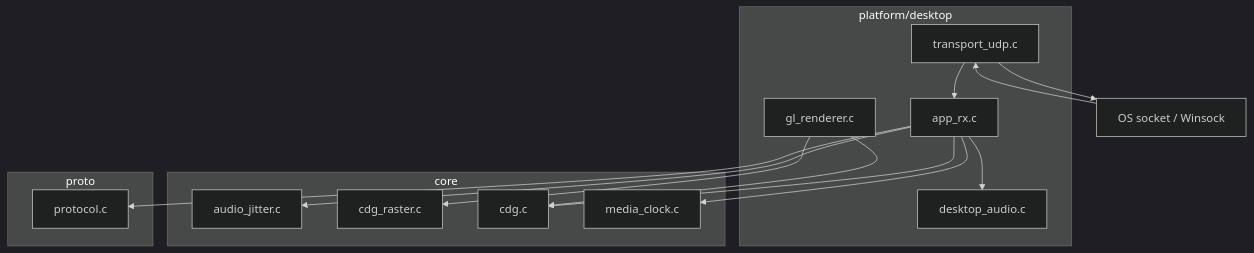
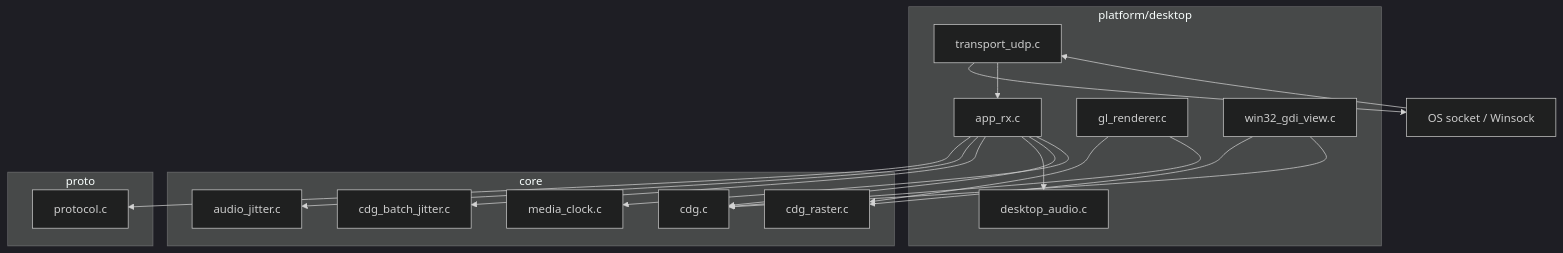
The diagram in docs/architecture/transport-and-playout-modules.md (andrew867/dashcdg), drawn with Mermaid (dark theme) before and after one commit. The commit also changed other lines of this file and 9 other files, not shown here.

First line of the commit message:
docs: CDG batch jitter spec, Win32 GDI RX spec, architecture updates

````diff
--- a/docs/architecture/transport-and-playout-modules.md
+++ b/docs/architecture/transport-and-playout-modules.md
@@ -15,29 +16,34 @@
 ```mermaid
 flowchart TB
     subgraph platform_desktop [platform/desktop]
         TUDP[transport_udp.c]
         ARX[app_rx.c]
         PA[desktop_audio.c]
         GL[gl_renderer.c]
+        GDI[win32_gdi_view.c]
     end
     subgraph core_lib [core]
         AJ[audio_jitter.c]
+        CJ[cdg_batch_jitter.c]
         CR[cdg_raster.c]
         CDG[cdg.c]
         CLK[media_clock.c]
     end
     subgraph proto_lib [proto]
         PR[protocol.c]
     end
     NIC[OS socket / Winsock]
     TUDP --> NIC
     NIC --> TUDP
     TUDP --> ARX
     ARX --> PR
     ARX --> AJ
+    ARX --> CJ
     ARX --> PA
     ARX --> CDG
     ARX --> CLK
     GL --> CR
     GL --> CDG
+    GDI --> CR
+    GDI --> CDG
 ```
````
